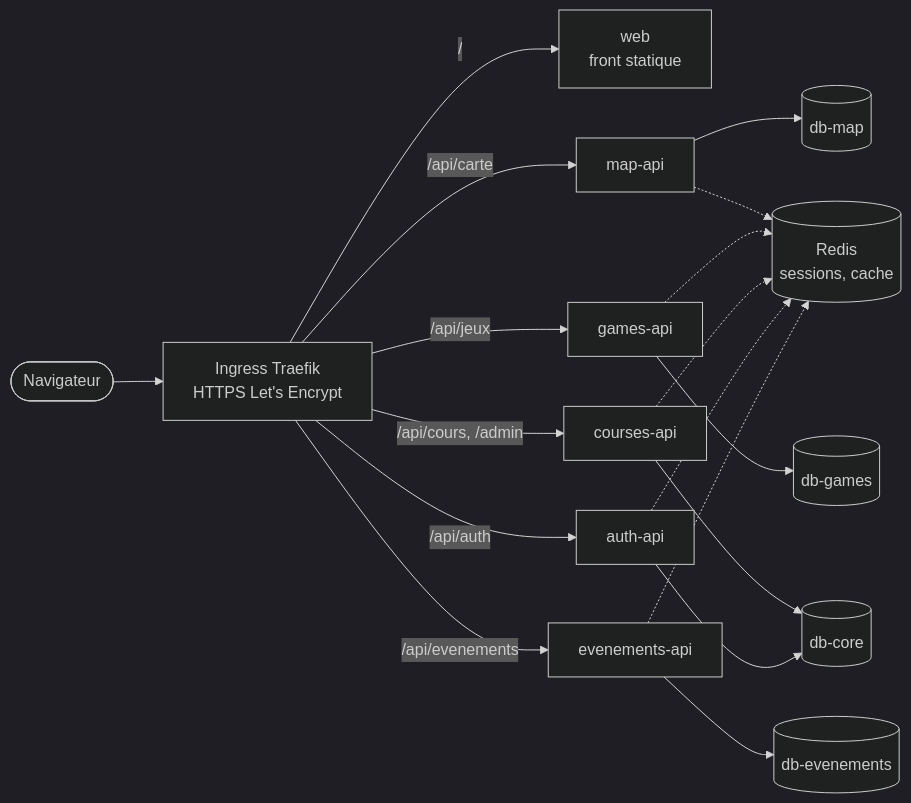
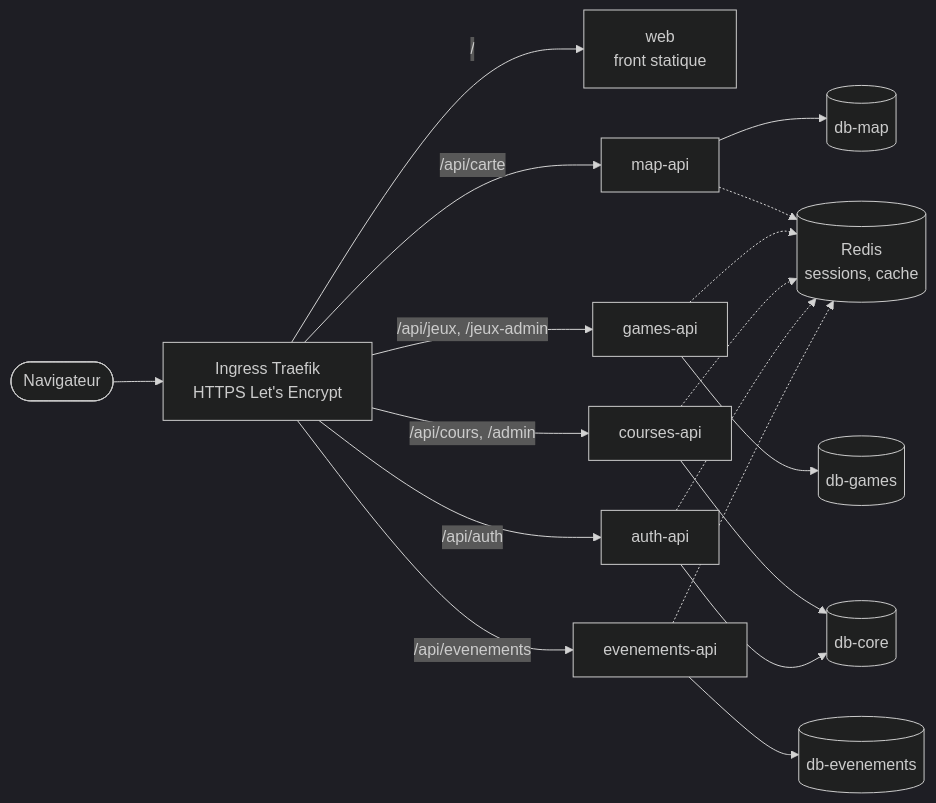
Before and after one commit to TheElse2098/composmart: the diagram in README.md, drawn with Mermaid (dark theme). The commit also changed other lines of this file and 31 other files, not shown here.

Commit message:
ADMIN : les jeux sont modifiables sur le site

````diff
--- a/README.md
+++ b/README.md
@@ -57,16 +58,16 @@
 ```mermaid
 flowchart LR
   U([Navigateur]) --> I[Ingress Traefik<br/>HTTPS Let's Encrypt]
   I -->|/| W[web<br/>front statique]
   I -->|/api/carte| M[map-api]
-  I -->|/api/jeux| G[games-api]
+  I -->|/api/jeux, /jeux-admin| G[games-api]
   I -->|/api/cours, /admin| C[courses-api]
   I -->|/api/auth| A[auth-api]
   I -->|/api/evenements| E[evenements-api]
   M --> DM[(db-map)]
   G --> DG[(db-games)]
   C --> DC[(db-core)]
   A --> DC
   E --> DE[(db-evenements)]
   M & G & C & A & E -.-> R[(Redis<br/>sessions, cache)]
 ```
````
